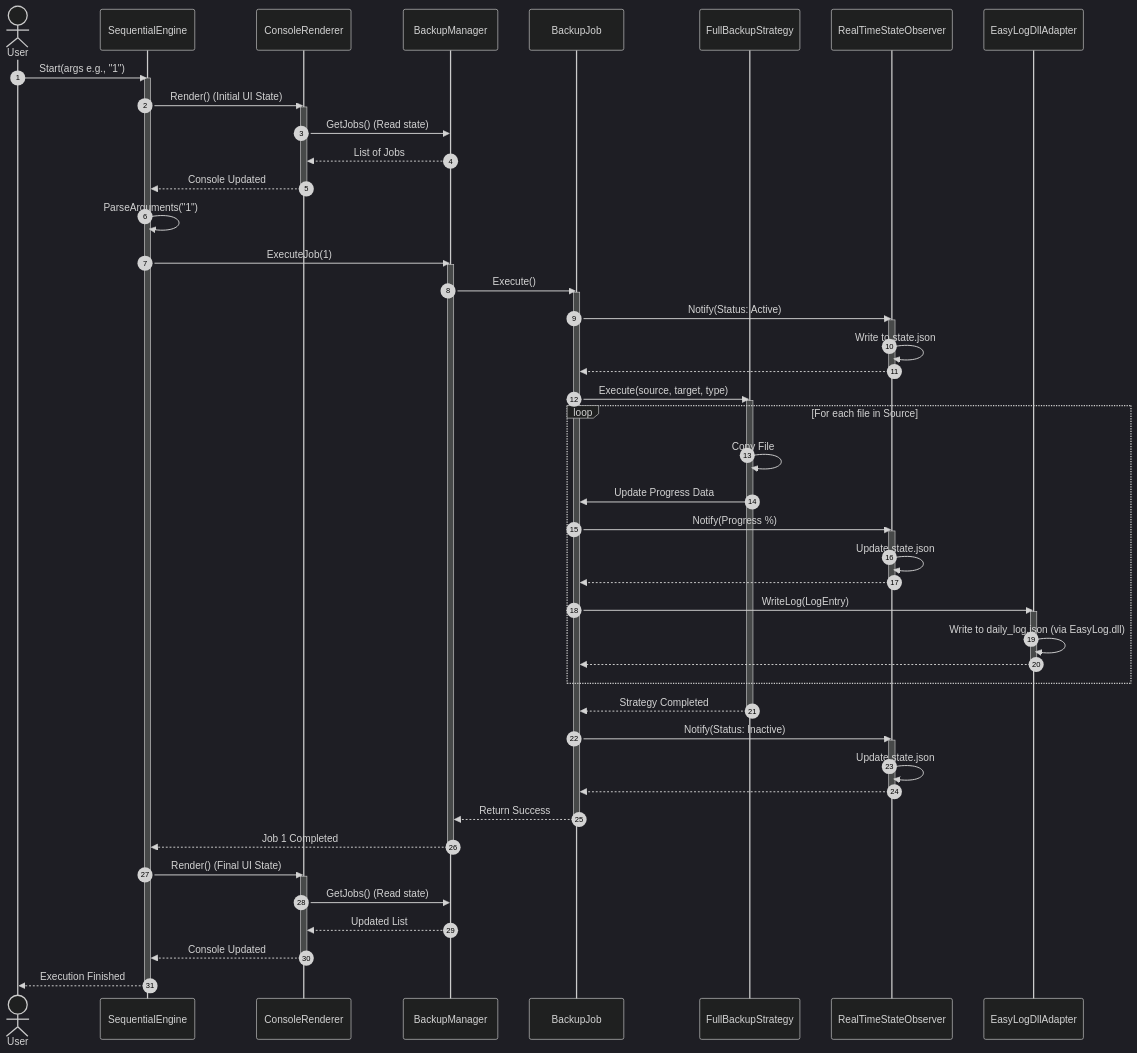
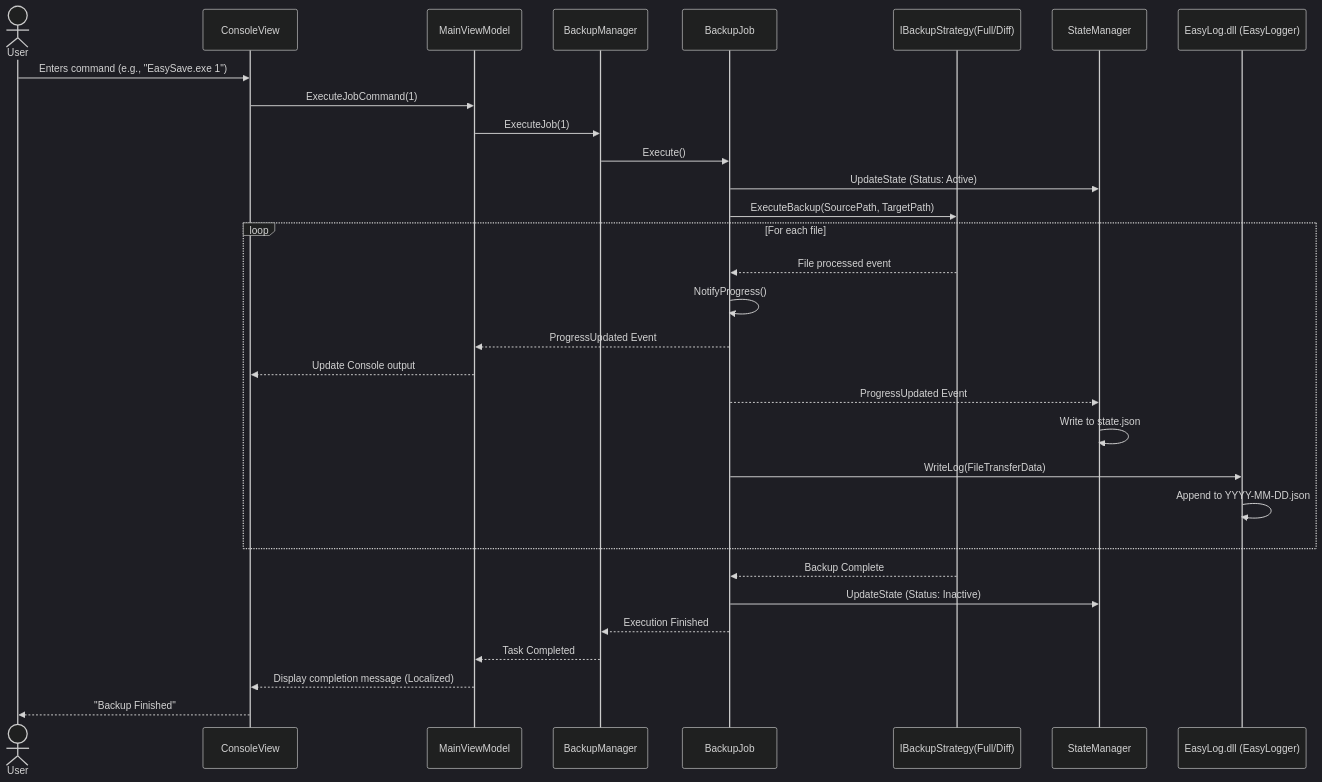
Before and after one commit to Amelie-gcode/EasySaveProject: the diagram in EasySave/SequenceDiagram.md, drawn with Mermaid (dark theme). The commit also changed 1 other file, not shown here.

Commit message:
update: diagrams updated

````diff
--- a/EasySave/SequenceDiagram.md
+++ b/EasySave/SequenceDiagram.md
@@ -1,85 +1,42 @@
 ```mermaid
 sequenceDiagram
-    autonumber
     actor User
-    participant Engine as SequentialEngine
-    participant Render as ConsoleRenderer
-    participant BM as BackupManager
+    participant View as ConsoleView
+    participant VM as MainViewModel
+    participant Manager as BackupManager
     participant Job as BackupJob
-    participant Strat as FullBackupStrategy
-    participant Obs as RealTimeStateObserver
-    participant Log as EasyLogDllAdapter
+    participant Strategy as IBackupStrategy(Full/Diff)
+    participant State as StateManager
+    participant Logger as EasyLog.dll (EasyLogger)
 
-    User->>Engine: Start(args e.g., "1")
-    activate Engine
+    User->>View: Enters command (e.g., "EasySave.exe 1")
+    View->>VM: ExecuteJobCommand(1)
+    VM->>Manager: ExecuteJob(1)
+    Manager->>Job: Execute()
     
-    %% Engine Initialization Phase
-    Engine->>Render: Render() (Initial UI State)
-    activate Render
-    Render->>BM: GetJobs() (Read state)
-    BM-->>Render: List of Jobs
-    Render-->>Engine: Console Updated
-    deactivate Render
-
-    Engine->>Engine: ParseArguments("1")
+    Job->>State: UpdateState (Status: Active)
     
-    %% Execution Phase
-    Engine->>BM: ExecuteJob(1)
-    activate BM
-    BM->>Job: Execute()
-    activate Job
+    Job->>Strategy: ExecuteBackup(SourcePath, TargetPath)
     
-    %% Observer Notification (Start)
-    Job->>Obs: Notify(Status: Active)
-    activate Obs
-    Obs->>Obs: Write to state.json
-    Obs-->>Job: 
-    deactivate Obs
-    
-    %% Strategy & Bridge Pattern in Action
-    Job->>Strat: Execute(source, target, type)
-    activate Strat
-    
-    loop For each file in Source
-        Strat->>Strat: Copy File
-        Strat->>Job: Update Progress Data
+    loop For each file
+        Strategy-->>Job: File processed event
+        Job->>Job: NotifyProgress()
         
-        Job->>Obs: Notify(Progress %)
-        activate Obs
-        Obs->>Obs: Update state.json
-        Obs-->>Job: 
-        deactivate Obs
+        %% Observer pattern in action
+        Job-->>VM: ProgressUpdated Event
+        VM-->>View: Update Console output
+        Job-->>State: ProgressUpdated Event
+        State->>State: Write to state.json
         
-        Job->>Log: WriteLog(LogEntry)
-        activate Log
-        Log->>Log: Write to daily_log.json (via EasyLog.dll)
-        Log-->>Job: 
-        deactivate Log
+        %% Logging pattern
+        Job->>Logger: WriteLog(FileTransferData)
+        Logger->>Logger: Append to YYYY-MM-DD.json
     end
     
-    Strat-->>Job: Strategy Completed
-    deactivate Strat
-    
-    %% Observer Notification (End)
-    Job->>Obs: Notify(Status: Inactive)
-    activate Obs
-    Obs->>Obs: Update state.json
-    Obs-->>Job: 
-    deactivate Obs
-    
-    Job-->>BM: Return Success
-    deactivate Job
-    BM-->>Engine: Job 1 Completed
-    deactivate BM
-    
-    %% Final UI Update
-    Engine->>Render: Render() (Final UI State)
-    activate Render
-    Render->>BM: GetJobs() (Read state)
-    BM-->>Render: Updated List
-    Render-->>Engine: Console Updated
-    deactivate Render
-    
-    Engine-->>User: Execution Finished
-    deactivate Engine
+    Strategy-->>Job: Backup Complete
+    Job->>State: UpdateState (Status: Inactive)
+    Job-->>Manager: Execution Finished
+    Manager-->>VM: Task Completed
+    VM-->>View: Display completion message (Localized)
+    View-->>User: "Backup Finished"
 ```
````
